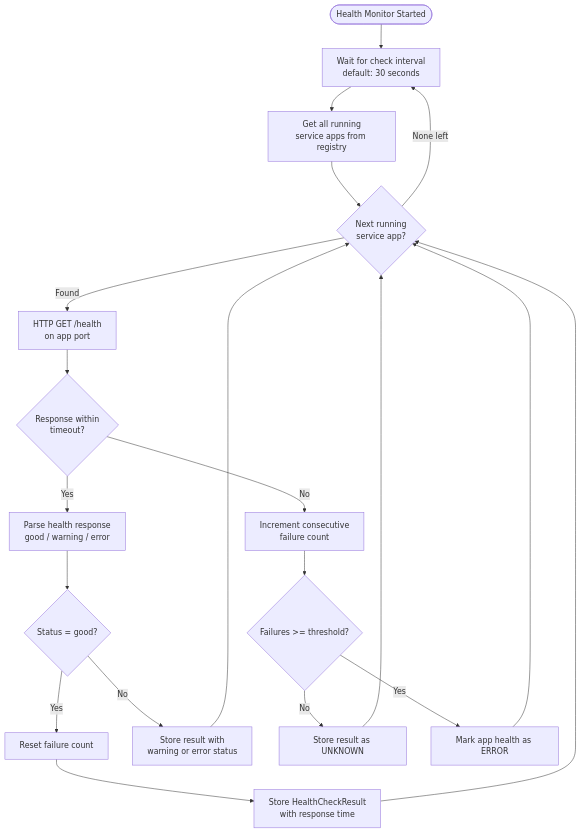
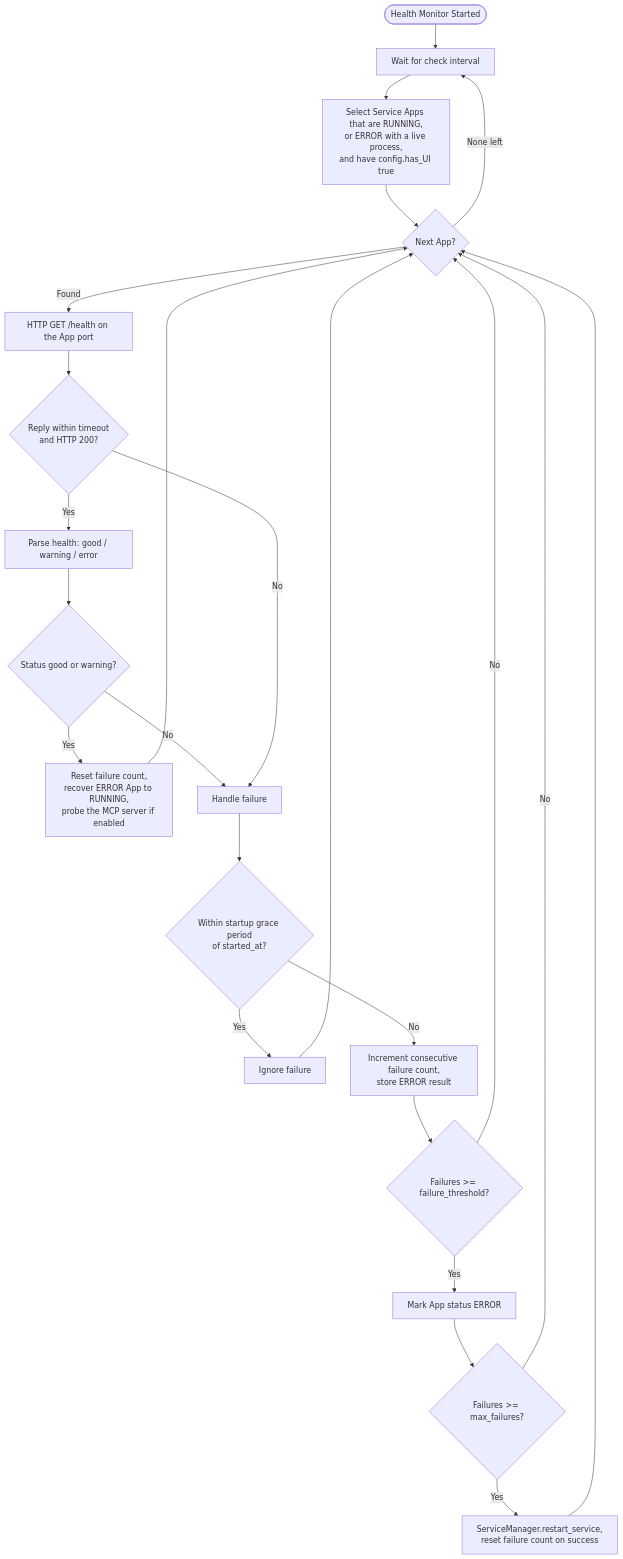
Before and after one commit to felipe-stanham/Latarnia: the fourth of 16 diagrams in docs/System/workflows.md, drawn with Mermaid. The commit also changed other lines of this file and 10 other files, not shown here.

````diff
--- a/docs/System/workflows.md
+++ b/docs/System/workflows.md
@@ -164,28 +177,30 @@
 ```mermaid
 flowchart TD
-    Start([Health Monitor Started]) --> Wait[Wait for check interval<br/>default: 30 seconds]
-    Wait --> GetApps[Get all running<br/>service apps from registry]
-    GetApps --> NextApp{Next running<br/>service app?}
+    Start([Health Monitor Started]) --> Wait[Wait for check interval]
+    Wait --> GetApps[Select Service Apps that are RUNNING,<br/>or ERROR with a live process,<br/>and have config.has_UI true]
+    GetApps --> NextApp{Next App?}
 
     NextApp -- None left --> Wait
 
-    NextApp -- Found --> CallHealth[HTTP GET /health<br/>on app port]
-    CallHealth --> Timeout{Response within<br/>timeout?}
+    NextApp -- Found --> CallHealth[HTTP GET /health on the App port]
+    CallHealth --> Reply{Reply within timeout<br/>and HTTP 200?}
 
-    Timeout -- No --> IncFail[Increment consecutive<br/>failure count]
-    Timeout -- Yes --> ParseResp[Parse health response<br/>good / warning / error]
+    Reply -- Yes --> ParseResp[Parse health: good / warning / error]
+    ParseResp --> Ok{Status good or warning?}
+    Ok -- Yes --> ResetFail[Reset failure count,<br/>recover ERROR App to RUNNING,<br/>probe the MCP server if enabled]
+    ResetFail --> NextApp
+    Ok -- No --> Failure
 
-    ParseResp --> StatusGood{Status = good?}
-    StatusGood -- Yes --> ResetFail[Reset failure count]
-    ResetFail --> StoreResult[Store HealthCheckResult<br/>with response time]
-    StoreResult --> NextApp
-
-    StatusGood -- No --> StoreWarn[Store result with<br/>warning or error status]
-    StoreWarn --> NextApp
-
-    IncFail --> ThresholdCheck{Failures >= threshold?}
-    ThresholdCheck -- No --> StoreTimeout[Store result as UNKNOWN]
-    StoreTimeout --> NextApp
-    ThresholdCheck -- Yes --> MarkError[Mark app health as ERROR]
-    MarkError --> NextApp
+    Reply -- No --> Failure[Handle failure]
+    Failure --> Grace{Within startup grace period<br/>of started_at?}
+    Grace -- Yes --> Ignore[Ignore failure]
+    Ignore --> NextApp
+    Grace -- No --> IncFail[Increment consecutive failure count,<br/>store ERROR result]
+    IncFail --> Threshold{Failures >= failure_threshold?}
+    Threshold -- No --> NextApp
+    Threshold -- Yes --> MarkError[Mark App status ERROR]
+    MarkError --> Max{Failures >= max_failures?}
+    Max -- No --> NextApp
+    Max -- Yes --> Restart[ServiceManager.restart_service,<br/>reset failure count on success]
+    Restart --> NextApp
 ```
````
